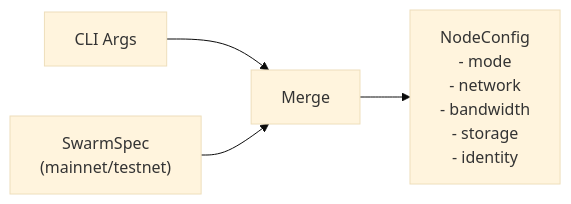
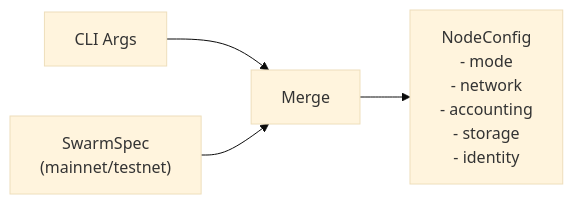
The diagram in docs/cli/configuration.md (nxm-rs/vertex), drawn with Mermaid (base theme) before and after one commit. The commit also changed other lines of this file and 15 other files, not shown here.

````diff
--- a/docs/cli/configuration.md
+++ b/docs/cli/configuration.md
@@ -22,6 +22,6 @@
 ```mermaid
 flowchart LR
     A[CLI Args] --> C[Merge]
     B["SwarmSpec\n(mainnet/testnet)"] --> C
-    C --> D["NodeConfig\n- mode\n- network\n- bandwidth\n- storage\n- identity"]
+    C --> D["NodeConfig\n- mode\n- network\n- accounting\n- storage\n- identity"]
 ```
````
